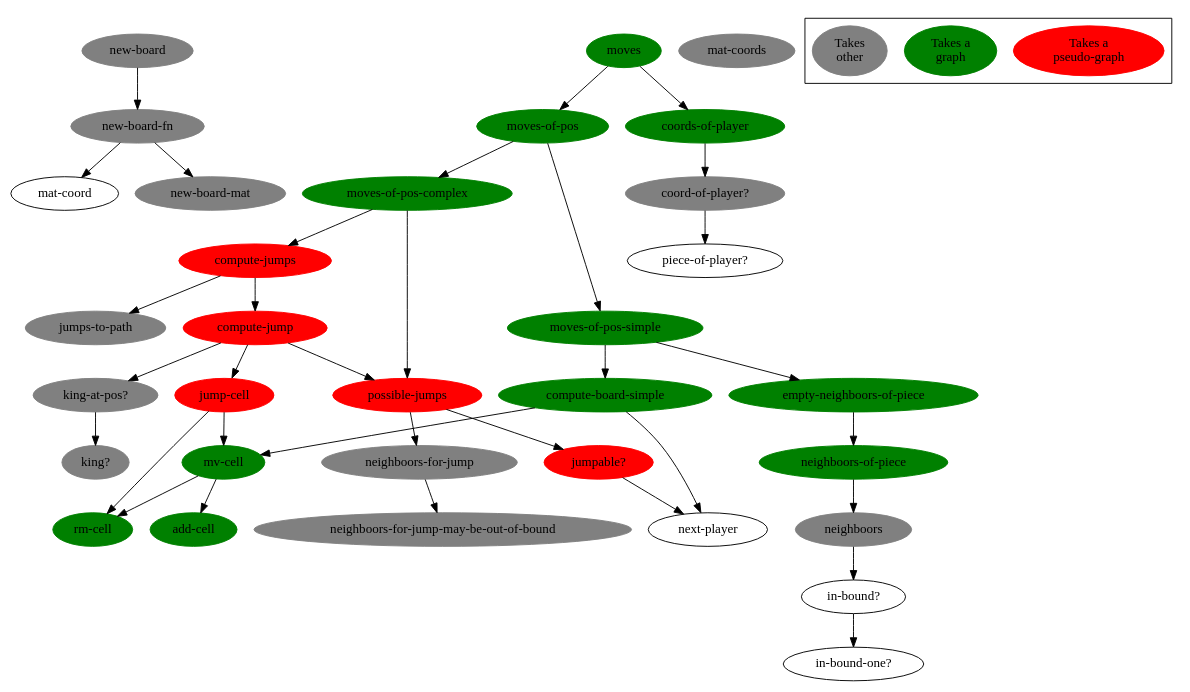
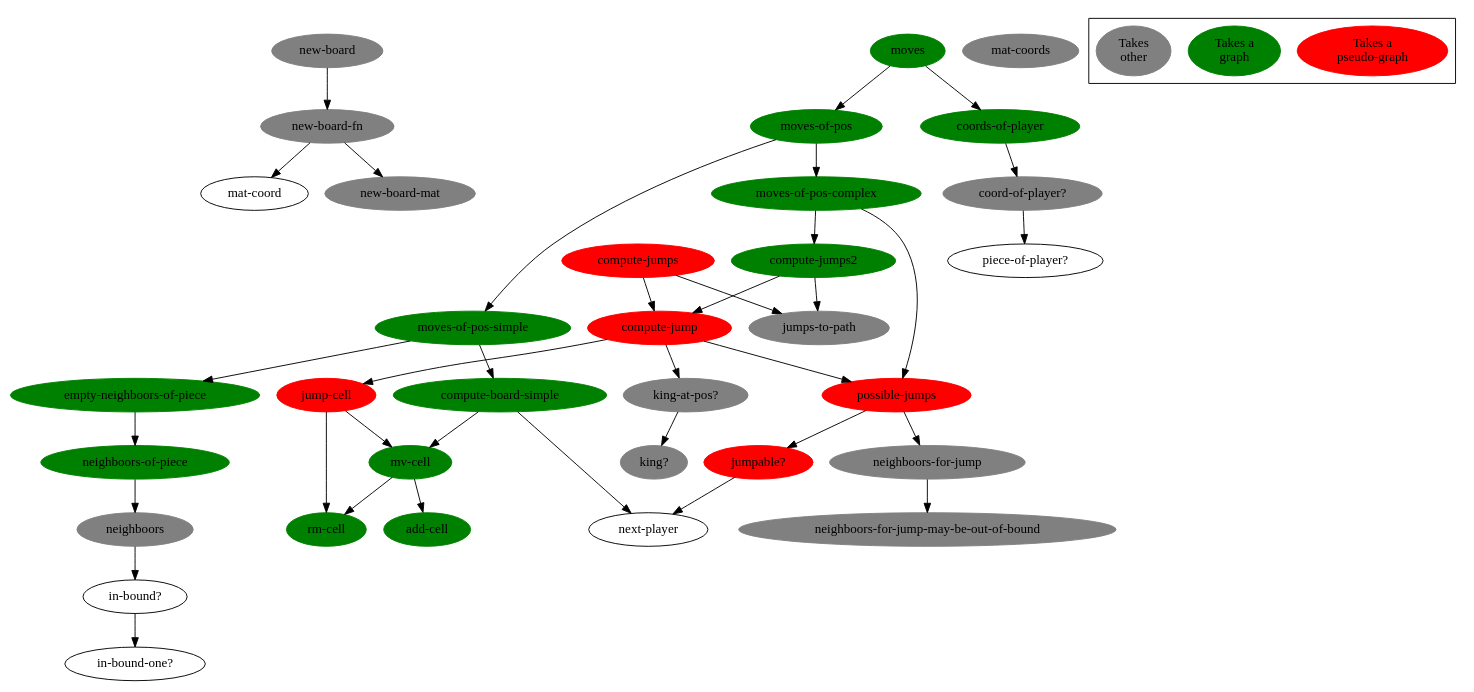
Before and after one commit to denlab/clojure-plays-checkers: the diagram in doc/function-graph-detailled.dot, drawn with Graphviz. The commit also changed 1 other file, not shown here.

Commit message:
refacto-in-progress: branched moves-of-pos-complexe on compute-jumps2, compute-jumps is ready to be deleted

```diff
--- a/doc/function-graph-detailled.dot
+++ b/doc/function-graph-detailled.dot
@@ -1,110 +1,116 @@
 digraph funtions {
 
 /******************************************************************************
  *                         edges                                              *         
  ******************************************************************************/
 
         "new-board-fn" -> "mat-coord";
         "new-board-fn" -> "new-board-mat";
         
         "new-board" -> "new-board-fn";
 
         "in-bound?" -> "in-bound-one?";
 
         "neighboors" -> "in-bound?";
 
         "neighboors-of-piece" -> "neighboors";
 
         "empty-neighboors-of-piece" -> "neighboors-of-piece";
 
         "mv-cell" -> "rm-cell";
         "mv-cell" -> "add-cell";
 
         "compute-board-simple" -> "mv-cell";
         "compute-board-simple" -> "next-player";
 
         "moves-of-pos-simple" -> "compute-board-simple";
         "moves-of-pos-simple" ->  "empty-neighboors-of-piece";
         
         "neighboors-for-jump" -> "neighboors-for-jump-may-be-out-of-bound";
 
         "jumpable?" -> "next-player";
 
         "possible-jumps" -> "jumpable?";
         "possible-jumps" -> "neighboors-for-jump";
 
         "jump-cell" -> "rm-cell";
         "jump-cell" -> "mv-cell";
 
         "king-at-pos?" -> "king?";
 
         "compute-jump" -> "jump-cell";
         "compute-jump" -> "possible-jumps";
         "compute-jump" -> "king-at-pos?";
 
         "compute-jumps" -> "compute-jump";
         "compute-jumps" -> "jumps-to-path";
 
-        "moves-of-pos-complex" -> "compute-jumps";
+        "compute-jumps2" -> "compute-jump";
+        "compute-jumps2" -> "jumps-to-path";
+
+        "moves-of-pos-complex" -> "compute-jumps2";
         "moves-of-pos-complex" -> "possible-jumps";
 
         "moves-of-pos" -> "moves-of-pos-simple";
         "moves-of-pos" -> "moves-of-pos-complex";
 
         "coord-of-player?" -> "piece-of-player?";
 
         "coords-of-player" -> "coord-of-player?";
 
         "moves" -> "moves-of-pos";
         "moves" -> "coords-of-player";
 
 /******************************************************************************
  *                         nodes                                              *         
  ******************************************************************************/
 
         "moves"[bgcolor=green color=green style=filled];
         "coords-of-player"[bgcolor=green color=green style=filled];
         "moves-of-pos"[bgcolor=green color=green style=filled];
         "moves-of-pos-complex"[bgcolor=green color=green style=filled];
         "moves-of-pos-simple"[bgcolor=green color=green style=filled];
         "compute-board-simple"[bgcolor=green color=green style=filled];
         "mv-cell"[bgcolor=green color=green style=filled];
         "add-cell"[bgcolor=green color=green style=filled];
         "rm-cell"[bgcolor=green color=green style=filled];
         "empty-neighboors-of-piece"[bgcolor=green color=green style=filled];
         "neighboors-of-piece"[bgcolor=green color=green style=filled];
 
         "compute-jumps"[bgcolor=red color=red style=filled];
         "compute-jump"[bgcolor=red color=red style=filled];
         "jump-cell"[bgcolor=red color=red style=filled];
         "possible-jumps"[bgcolor=red color=red style=filled];
         "jumpable?"[bgcolor=red color=red style=filled];
 
         "coord-of-player?"[bgcolor=grey color=grey style=filled];
         "jumps-to-path"[bgcolor=grey color=grey style=filled];
         "king-at-pos?"[bgcolor=grey color=grey style=filled];
         "king?"[bgcolor=grey color=grey style=filled];
         "neighboors-for-jump"[bgcolor=grey color=grey style=filled];
         "neighboors-for-jump-may-be-out-of-bound"[bgcolor=grey color=grey style=filled];
         "neighboors"[bgcolor=grey color=grey style=filled];
         "new-board"[bgcolor=grey color=grey style=filled];
         "new-board-fn"[bgcolor=grey color=grey style=filled];
         "new-board-mat"[bgcolor=grey color=grey style=filled];
         "mat-coords"[bgcolor=grey color=grey style=filled];
 
+
+        "compute-jumps2"[bgcolor=green color=green style=filled];
+
 /******************************************************************************
  *                         legend                                             *         
  ******************************************************************************/
 
         "Takes a\npseudo-graph"[bgcolor=red color=red style=filled];
         "Takes a\ngraph"[bgcolor=green color=green style=filled];
 //        "Takes\nother"[bgcolor="#94003f" color="#94003f" style=filled];
         "Takes\nother"[bgcolor=grey color=grey style=filled];
 
         subgraph "cluster-legend" {
                 "Takes a\npseudo-graph";
                 "Takes a\ngraph";
                 "Takes\nother";
         }
 
 }
```
